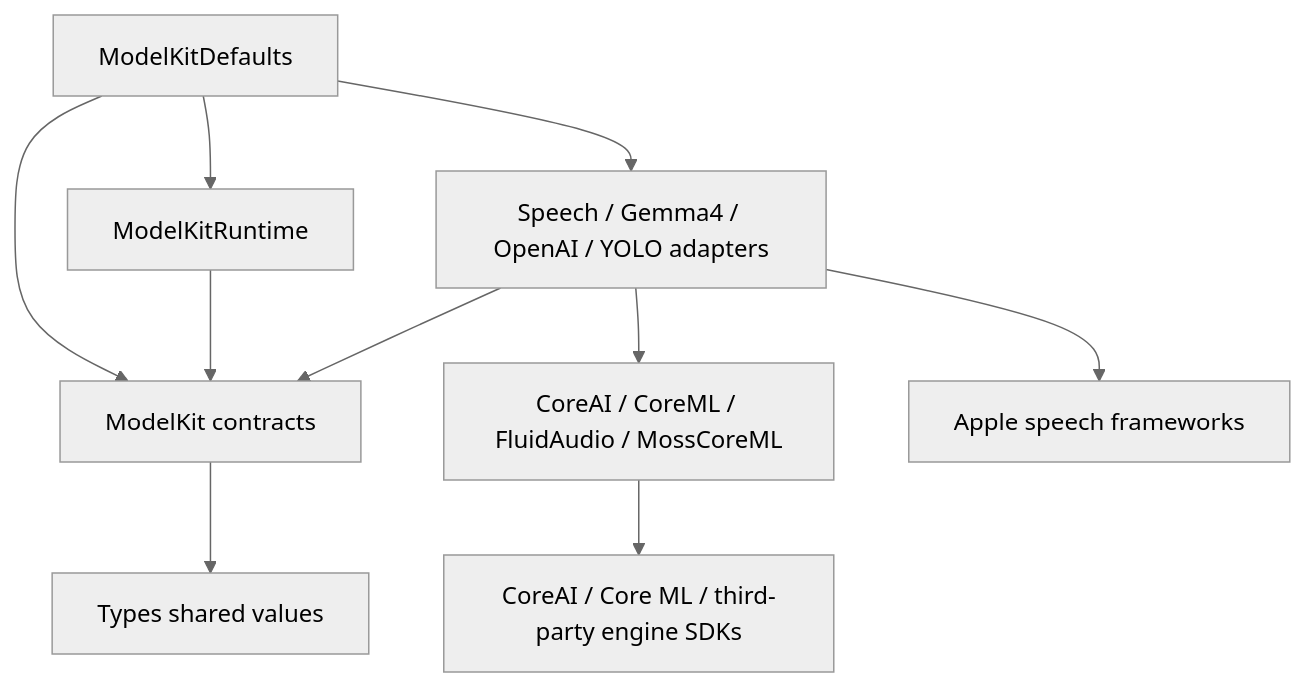
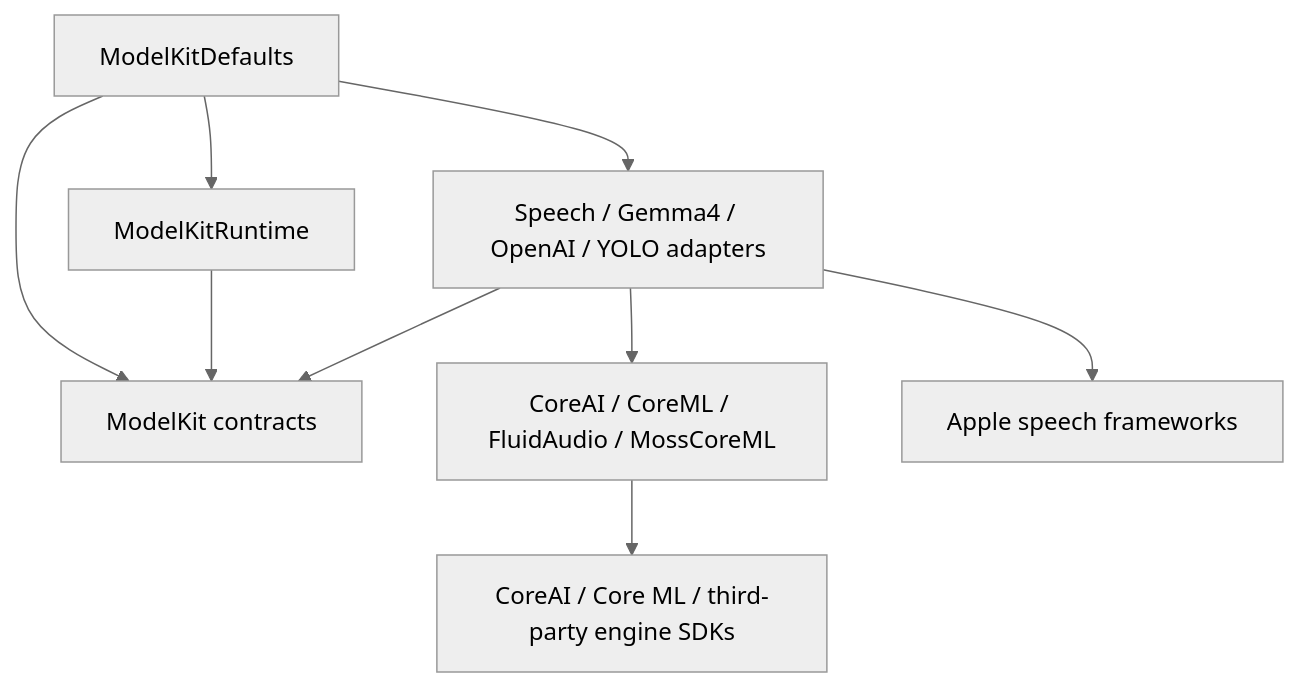
One commit to devilyouwei/MobileHarness changed the second of 3 diagrams in MobileHarness/ModelKit/README.md. Above: the diagram before and after it, drawn with Mermaid (neutral theme). The commit also changed other lines of this file and 100 other files, not shown here.

Commit message:
refactor: enforce foundation-owned contracts and remove shared Types

````diff
--- a/MobileHarness/ModelKit/README.md
+++ b/MobileHarness/ModelKit/README.md
@@ -60,12 +60,11 @@
 ```mermaid
 flowchart TD
     Defaults[ModelKitDefaults] --> Runtime[ModelKitRuntime]
     Defaults --> Adapters[Speech / Gemma4 / OpenAI / YOLO adapters]
     Defaults --> Base[ModelKit contracts]
     Runtime --> Base
     Adapters --> Base
     Adapters --> Backends[CoreAI / CoreML / FluidAudio / MossCoreML]
     Adapters --> System[Apple speech frameworks]
     Backends --> Engines[CoreAI / Core ML / third-party engine SDKs]
-    Base --> Types[Types shared values]
 ```
````
